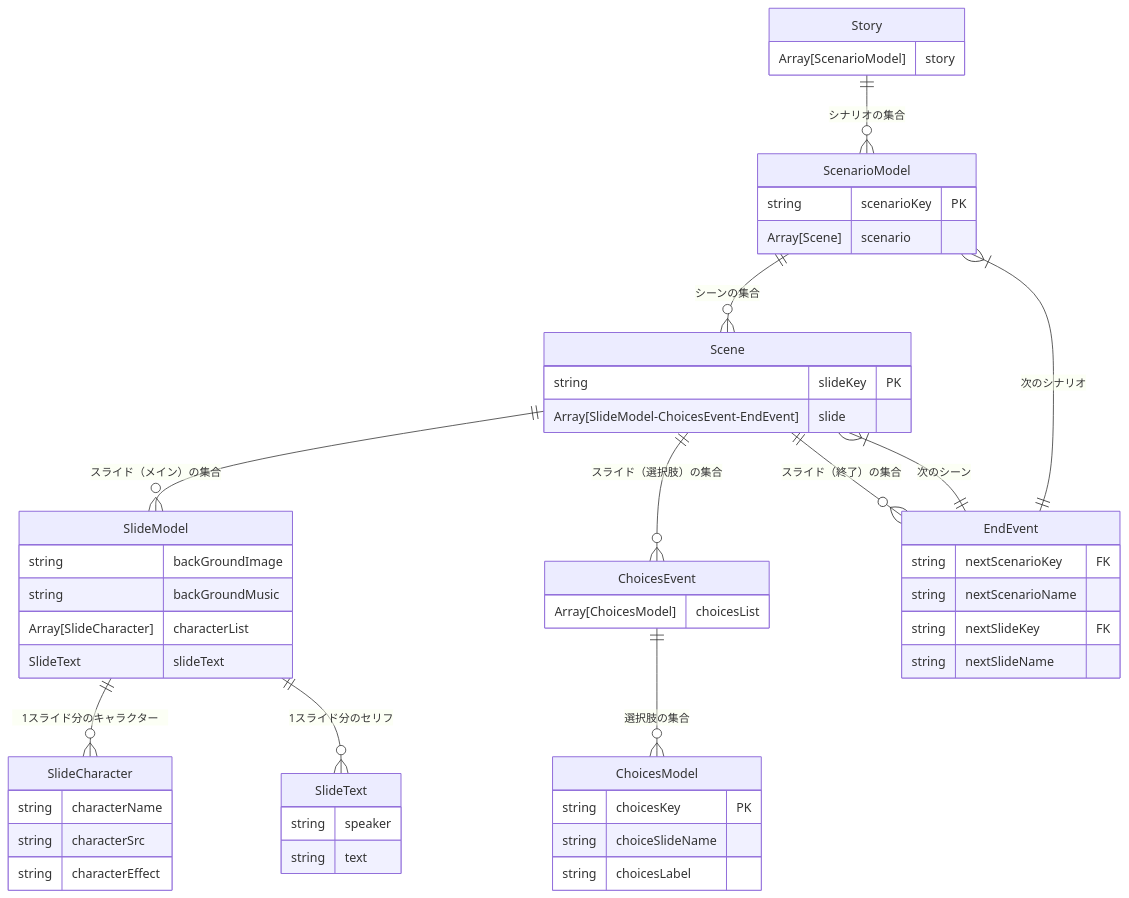
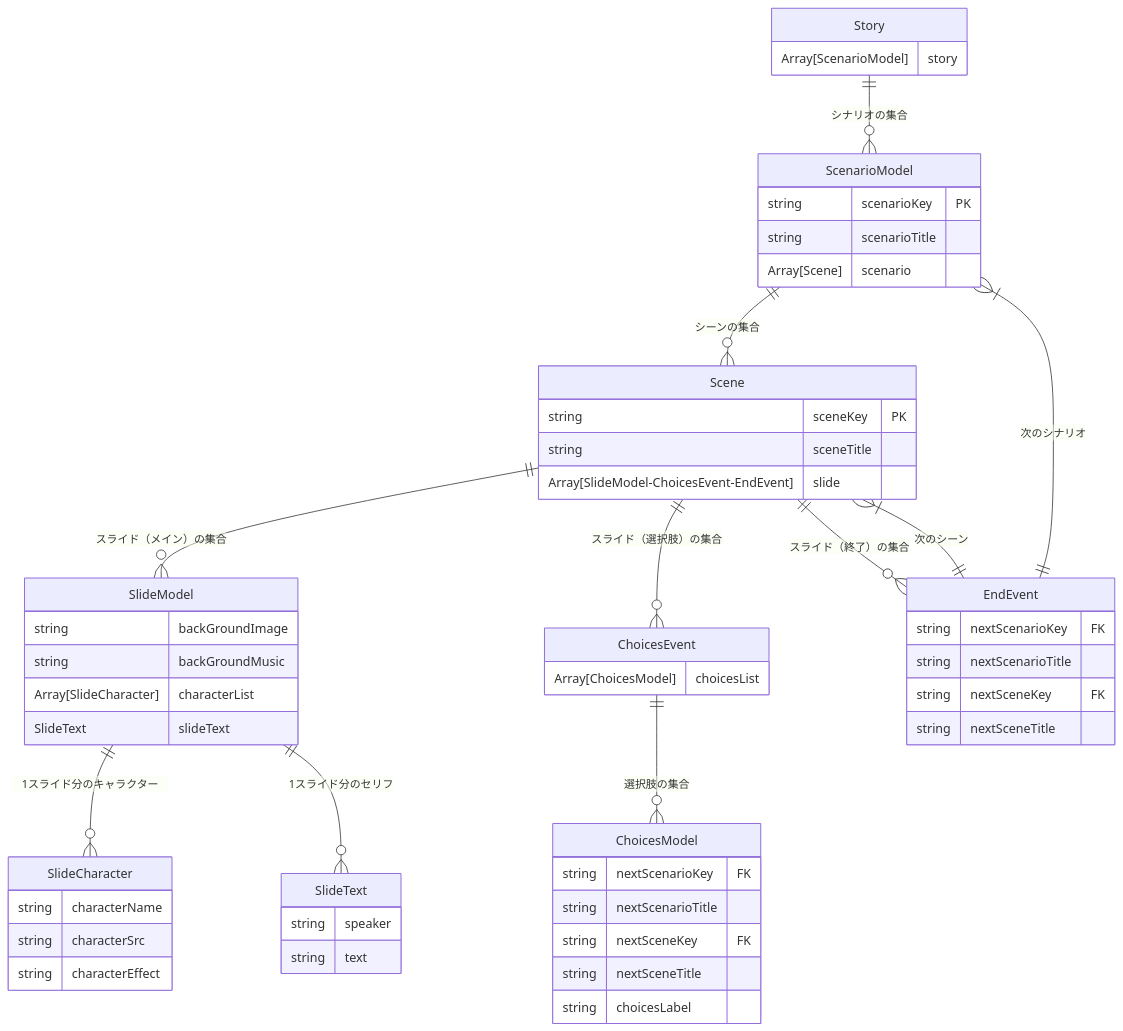
The diagram in doc/ERD.md (Lily-Saxophone/novel), drawn with Mermaid before and after one commit. The commit also changed 15 other files, not shown here.

````diff
--- a/doc/ERD.md
+++ b/doc/ERD.md
@@ -1,65 +1,69 @@
 ```mermaid
 erDiagram
 
 Story ||--o{ ScenarioModel: "シナリオの集合"
 ScenarioModel ||--o{ Scene: "シーンの集合"
 Scene ||--o{ SlideModel: "スライド（メイン）の集合"
 Scene ||--o{ ChoicesEvent: "スライド（選択肢）の集合"
 Scene ||--o{ EndEvent: "スライド（終了）の集合"
 SlideModel ||--o{ SlideCharacter: "1スライド分のキャラクター"
 SlideModel ||--o{ SlideText: "1スライド分のセリフ"
 ChoicesEvent ||--o{ ChoicesModel: "選択肢の集合"
 EndEvent ||--|{ ScenarioModel: "次のシナリオ"
 EndEvent ||--|{ Scene: "次のシーン"
 
 Story {
     Array[ScenarioModel] story
 }
 
 ScenarioModel {
     string scenarioKey PK
+    string scenarioTitle
     Array[Scene] scenario
 }
 
 Scene {
-    string slideKey PK
+    string sceneKey PK
+    string sceneTitle
     Array[SlideModel-ChoicesEvent-EndEvent] slide
 }
 
 SlideModel {
     string backGroundImage
     string backGroundMusic
     Array[SlideCharacter] characterList
     SlideText slideText
 }
 
 SlideCharacter {
     string characterName
     string characterSrc
     string characterEffect
 }
 
 SlideText {
     string speaker
     string text
 }
 
 ChoicesEvent {
     Array[ChoicesModel] choicesList
 }
 
 ChoicesModel {
-    string choicesKey PK
-    string choiceSlideName
+    string nextScenarioKey FK
+    string nextScenarioTitle
+    string nextSceneKey FK
+    string nextSceneTitle
     string choicesLabel
 }
 
 EndEvent {
     string nextScenarioKey FK
-    string nextScenarioName
-    string nextSlideKey FK
-    string nextSlideName
+    string nextScenarioTitle
+    string nextSceneKey FK
+    string nextSceneTitle
 }
 
 
 ```
````
